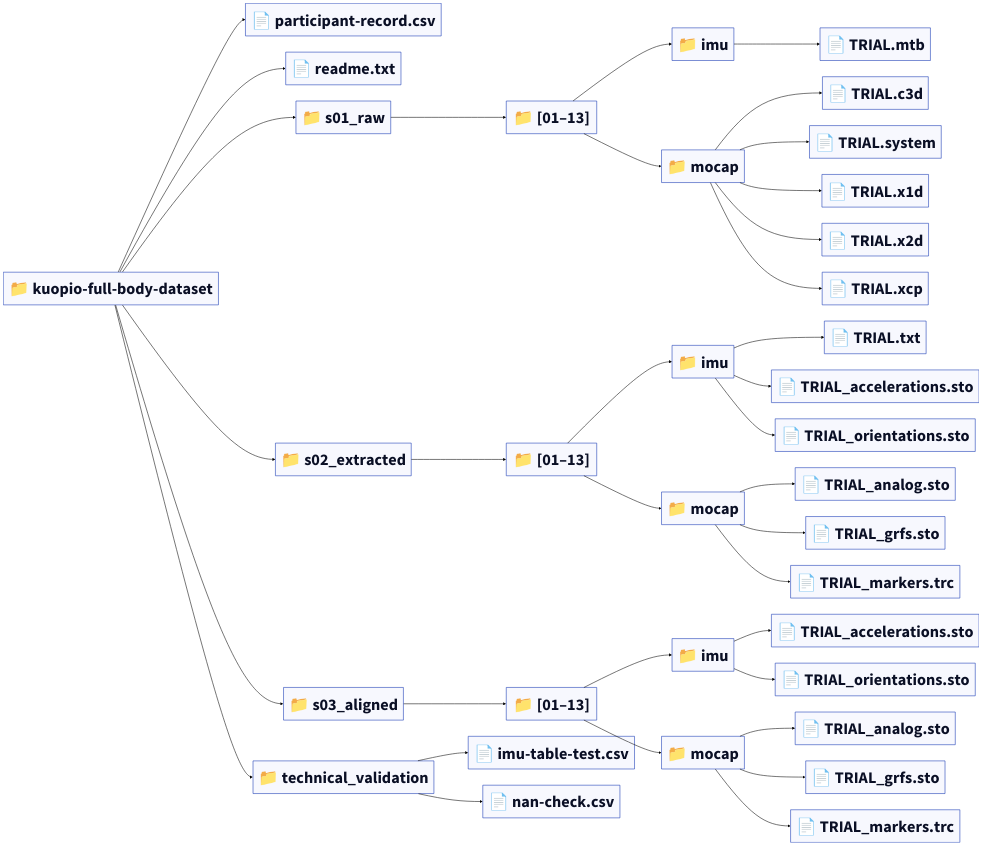
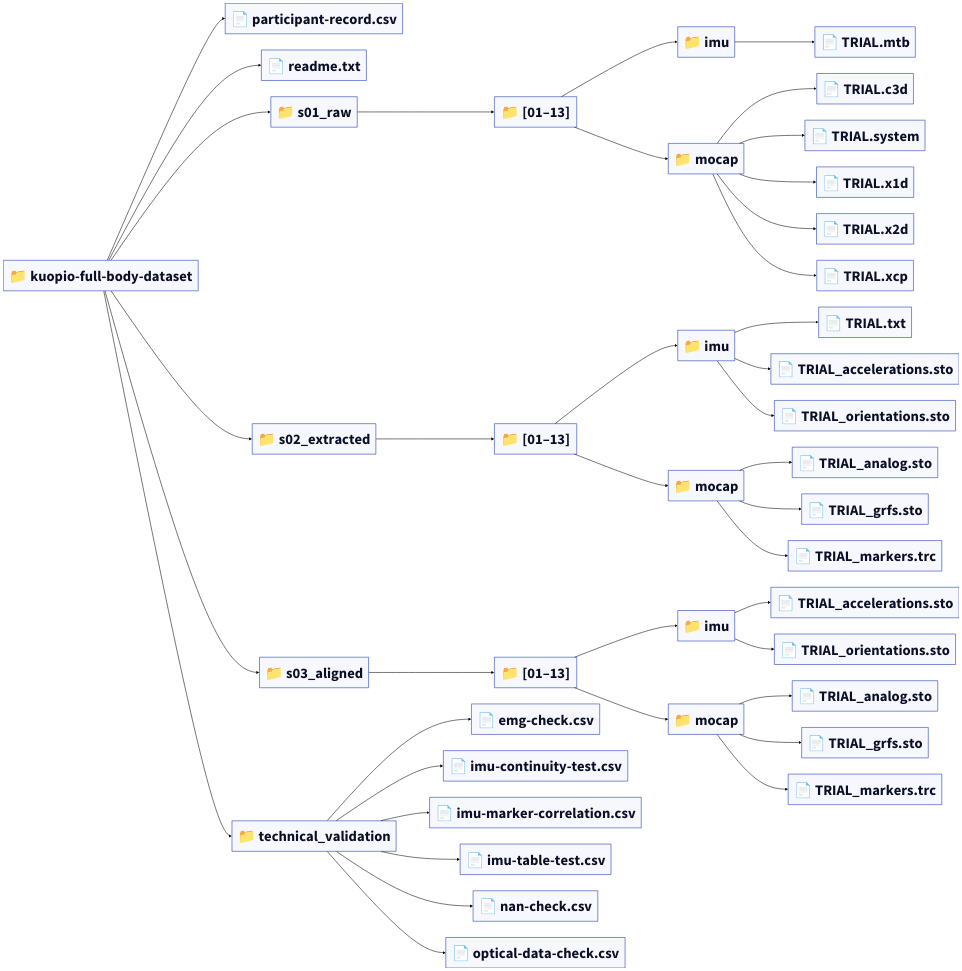
The diagram in dataset_graph.d2 (gateway240/kuopio-full-body-processing), drawn with D2 before and after one commit. The commit also changed 4 other files, not shown here.

Commit message:
Fix technical validation tests

```diff
--- a/dataset_graph.d2
+++ b/dataset_graph.d2
@@ -1,77 +1,85 @@
 direction: right
 
 **: {
-style.font-size: 60
+style.font-size: 54
 }
 (*** -> ***)[*]: {
 style.stroke: black
 }
 kuopio_full_body_dataset: "📁 kuopio-full-body-dataset"
 file_kuopio_full_body_dataset__root__file__participant_record_csv: "📄 participant-record.csv"
 kuopio_full_body_dataset -> file_kuopio_full_body_dataset__root__file__participant_record_csv
 file_kuopio_full_body_dataset__root__file__readme_txt: "📄 readme.txt"
 kuopio_full_body_dataset -> file_kuopio_full_body_dataset__root__file__readme_txt
 kuopio_full_body_dataset__s01_raw: "📁 s01_raw"
 kuopio_full_body_dataset -> kuopio_full_body_dataset__s01_raw
 kuopio_full_body_dataset__s01_raw___01_13_: "📁 [01–13]"
 kuopio_full_body_dataset__s01_raw -> kuopio_full_body_dataset__s01_raw___01_13_
 kuopio_full_body_dataset__s01_raw___01_13___imu: "📁 imu"
 kuopio_full_body_dataset__s01_raw___01_13_ -> kuopio_full_body_dataset__s01_raw___01_13___imu
 file_kuopio_full_body_dataset__s01_raw__participants__imu__TRIAL_mtb: "📄 TRIAL.mtb"
 kuopio_full_body_dataset__s01_raw___01_13___imu -> file_kuopio_full_body_dataset__s01_raw__participants__imu__TRIAL_mtb
 kuopio_full_body_dataset__s01_raw___01_13___mocap: "📁 mocap"
 kuopio_full_body_dataset__s01_raw___01_13_ -> kuopio_full_body_dataset__s01_raw___01_13___mocap
 file_kuopio_full_body_dataset__s01_raw__participants__mocap__TRIAL_c3d: "📄 TRIAL.c3d"
 kuopio_full_body_dataset__s01_raw___01_13___mocap -> file_kuopio_full_body_dataset__s01_raw__participants__mocap__TRIAL_c3d
 file_kuopio_full_body_dataset__s01_raw__participants__mocap__TRIAL_system: "📄 TRIAL.system"
 kuopio_full_body_dataset__s01_raw___01_13___mocap -> file_kuopio_full_body_dataset__s01_raw__participants__mocap__TRIAL_system
 file_kuopio_full_body_dataset__s01_raw__participants__mocap__TRIAL_x1d: "📄 TRIAL.x1d"
 kuopio_full_body_dataset__s01_raw___01_13___mocap -> file_kuopio_full_body_dataset__s01_raw__participants__mocap__TRIAL_x1d
 file_kuopio_full_body_dataset__s01_raw__participants__mocap__TRIAL_x2d: "📄 TRIAL.x2d"
 kuopio_full_body_dataset__s01_raw___01_13___mocap -> file_kuopio_full_body_dataset__s01_raw__participants__mocap__TRIAL_x2d
 file_kuopio_full_body_dataset__s01_raw__participants__mocap__TRIAL_xcp: "📄 TRIAL.xcp"
 kuopio_full_body_dataset__s01_raw___01_13___mocap -> file_kuopio_full_body_dataset__s01_raw__participants__mocap__TRIAL_xcp
 kuopio_full_body_dataset__s02_extracted: "📁 s02_extracted"
 kuopio_full_body_dataset -> kuopio_full_body_dataset__s02_extracted
 kuopio_full_body_dataset__s02_extracted___01_13_: "📁 [01–13]"
 kuopio_full_body_dataset__s02_extracted -> kuopio_full_body_dataset__s02_extracted___01_13_
 kuopio_full_body_dataset__s02_extracted___01_13___imu: "📁 imu"
 kuopio_full_body_dataset__s02_extracted___01_13_ -> kuopio_full_body_dataset__s02_extracted___01_13___imu
 file_kuopio_full_body_dataset__s02_extracted__participants__imu__TRIAL_txt: "📄 TRIAL.txt"
 kuopio_full_body_dataset__s02_extracted___01_13___imu -> file_kuopio_full_body_dataset__s02_extracted__participants__imu__TRIAL_txt
 file_kuopio_full_body_dataset__s02_extracted__participants__imu__TRIAL_accelerations_sto: "📄 TRIAL_accelerations.sto"
 kuopio_full_body_dataset__s02_extracted___01_13___imu -> file_kuopio_full_body_dataset__s02_extracted__participants__imu__TRIAL_accelerations_sto
 file_kuopio_full_body_dataset__s02_extracted__participants__imu__TRIAL_orientations_sto: "📄 TRIAL_orientations.sto"
 kuopio_full_body_dataset__s02_extracted___01_13___imu -> file_kuopio_full_body_dataset__s02_extracted__participants__imu__TRIAL_orientations_sto
 kuopio_full_body_dataset__s02_extracted___01_13___mocap: "📁 mocap"
 kuopio_full_body_dataset__s02_extracted___01_13_ -> kuopio_full_body_dataset__s02_extracted___01_13___mocap
 file_kuopio_full_body_dataset__s02_extracted__participants__mocap__TRIAL_analog_sto: "📄 TRIAL_analog.sto"
 kuopio_full_body_dataset__s02_extracted___01_13___mocap -> file_kuopio_full_body_dataset__s02_extracted__participants__mocap__TRIAL_analog_sto
 file_kuopio_full_body_dataset__s02_extracted__participants__mocap__TRIAL_grfs_sto: "📄 TRIAL_grfs.sto"
 kuopio_full_body_dataset__s02_extracted___01_13___mocap -> file_kuopio_full_body_dataset__s02_extracted__participants__mocap__TRIAL_grfs_sto
 file_kuopio_full_body_dataset__s02_extracted__participants__mocap__TRIAL_markers_trc: "📄 TRIAL_markers.trc"
 kuopio_full_body_dataset__s02_extracted___01_13___mocap -> file_kuopio_full_body_dataset__s02_extracted__participants__mocap__TRIAL_markers_trc
 kuopio_full_body_dataset__s03_aligned: "📁 s03_aligned"
 kuopio_full_body_dataset -> kuopio_full_body_dataset__s03_aligned
 kuopio_full_body_dataset__s03_aligned___01_13_: "📁 [01–13]"
 kuopio_full_body_dataset__s03_aligned -> kuopio_full_body_dataset__s03_aligned___01_13_
 kuopio_full_body_dataset__s03_aligned___01_13___imu: "📁 imu"
 kuopio_full_body_dataset__s03_aligned___01_13_ -> kuopio_full_body_dataset__s03_aligned___01_13___imu
 file_kuopio_full_body_dataset__s03_aligned__participants__imu__TRIAL_accelerations_sto: "📄 TRIAL_accelerations.sto"
 kuopio_full_body_dataset__s03_aligned___01_13___imu -> file_kuopio_full_body_dataset__s03_aligned__participants__imu__TRIAL_accelerations_sto
 file_kuopio_full_body_dataset__s03_aligned__participants__imu__TRIAL_orientations_sto: "📄 TRIAL_orientations.sto"
 kuopio_full_body_dataset__s03_aligned___01_13___imu -> file_kuopio_full_body_dataset__s03_aligned__participants__imu__TRIAL_orientations_sto
 kuopio_full_body_dataset__s03_aligned___01_13___mocap: "📁 mocap"
 kuopio_full_body_dataset__s03_aligned___01_13_ -> kuopio_full_body_dataset__s03_aligned___01_13___mocap
 file_kuopio_full_body_dataset__s03_aligned__participants__mocap__TRIAL_analog_sto: "📄 TRIAL_analog.sto"
 kuopio_full_body_dataset__s03_aligned___01_13___mocap -> file_kuopio_full_body_dataset__s03_aligned__participants__mocap__TRIAL_analog_sto
 file_kuopio_full_body_dataset__s03_aligned__participants__mocap__TRIAL_grfs_sto: "📄 TRIAL_grfs.sto"
 kuopio_full_body_dataset__s03_aligned___01_13___mocap -> file_kuopio_full_body_dataset__s03_aligned__participants__mocap__TRIAL_grfs_sto
 file_kuopio_full_body_dataset__s03_aligned__participants__mocap__TRIAL_markers_trc: "📄 TRIAL_markers.trc"
 kuopio_full_body_dataset__s03_aligned___01_13___mocap -> file_kuopio_full_body_dataset__s03_aligned__participants__mocap__TRIAL_markers_trc
 kuopio_full_body_dataset__technical_validation: "📁 technical_validation"
 kuopio_full_body_dataset -> kuopio_full_body_dataset__technical_validation
+file_kuopio_full_body_dataset__technical_validation__file__emg_check_csv: "📄 emg-check.csv"
+kuopio_full_body_dataset__technical_validation -> file_kuopio_full_body_dataset__technical_validation__file__emg_check_csv
+file_kuopio_full_body_dataset__technical_validation__file__imu_continuity_test_csv: "📄 imu-continuity-test.csv"
+kuopio_full_body_dataset__technical_validation -> file_kuopio_full_body_dataset__technical_validation__file__imu_continuity_test_csv
+file_kuopio_full_body_dataset__technical_validation__file__imu_marker_correlation_csv: "📄 imu-marker-correlation.csv"
+kuopio_full_body_dataset__technical_validation -> file_kuopio_full_body_dataset__technical_validation__file__imu_marker_correlation_csv
 file_kuopio_full_body_dataset__technical_validation__file__imu_table_test_csv: "📄 imu-table-test.csv"
 kuopio_full_body_dataset__technical_validation -> file_kuopio_full_body_dataset__technical_validation__file__imu_table_test_csv
 file_kuopio_full_body_dataset__technical_validation__file__nan_check_csv: "📄 nan-check.csv"
 kuopio_full_body_dataset__technical_validation -> file_kuopio_full_body_dataset__technical_validation__file__nan_check_csv
+file_kuopio_full_body_dataset__technical_validation__file__optical_data_check_csv: "📄 optical-data-check.csv"
+kuopio_full_body_dataset__technical_validation -> file_kuopio_full_body_dataset__technical_validation__file__optical_data_check_csv
```
